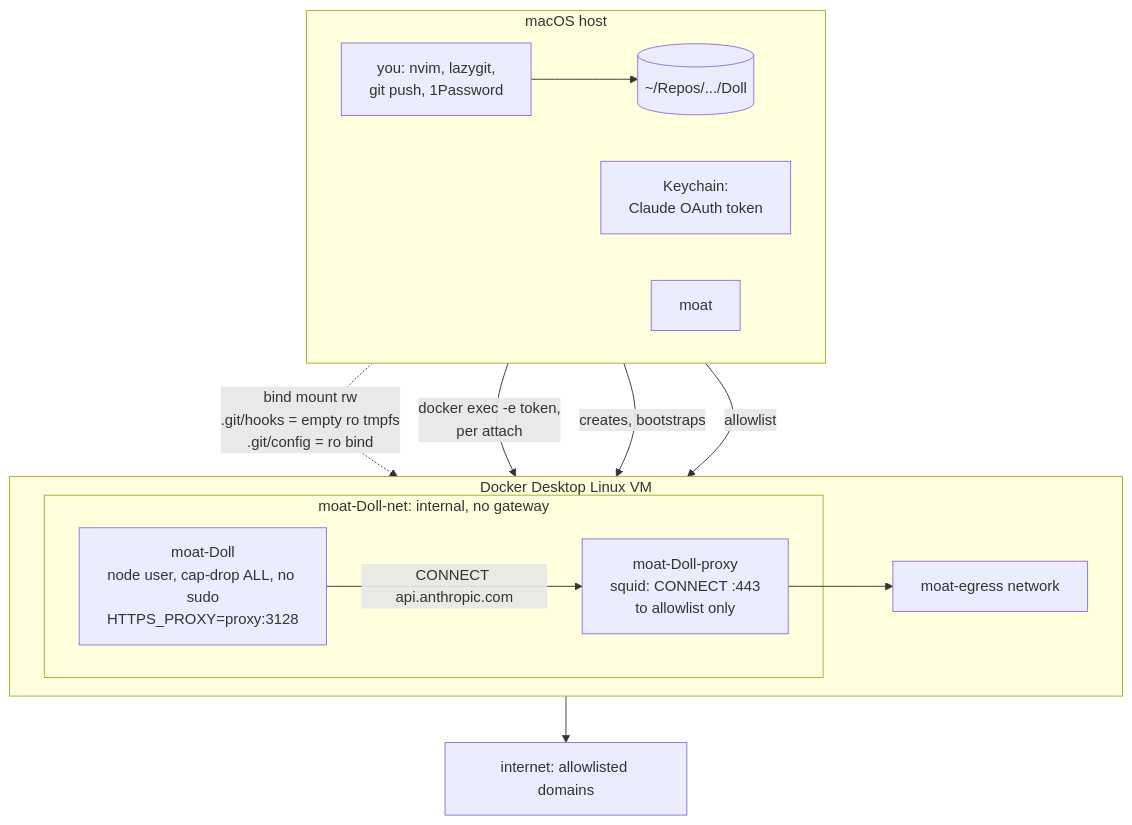
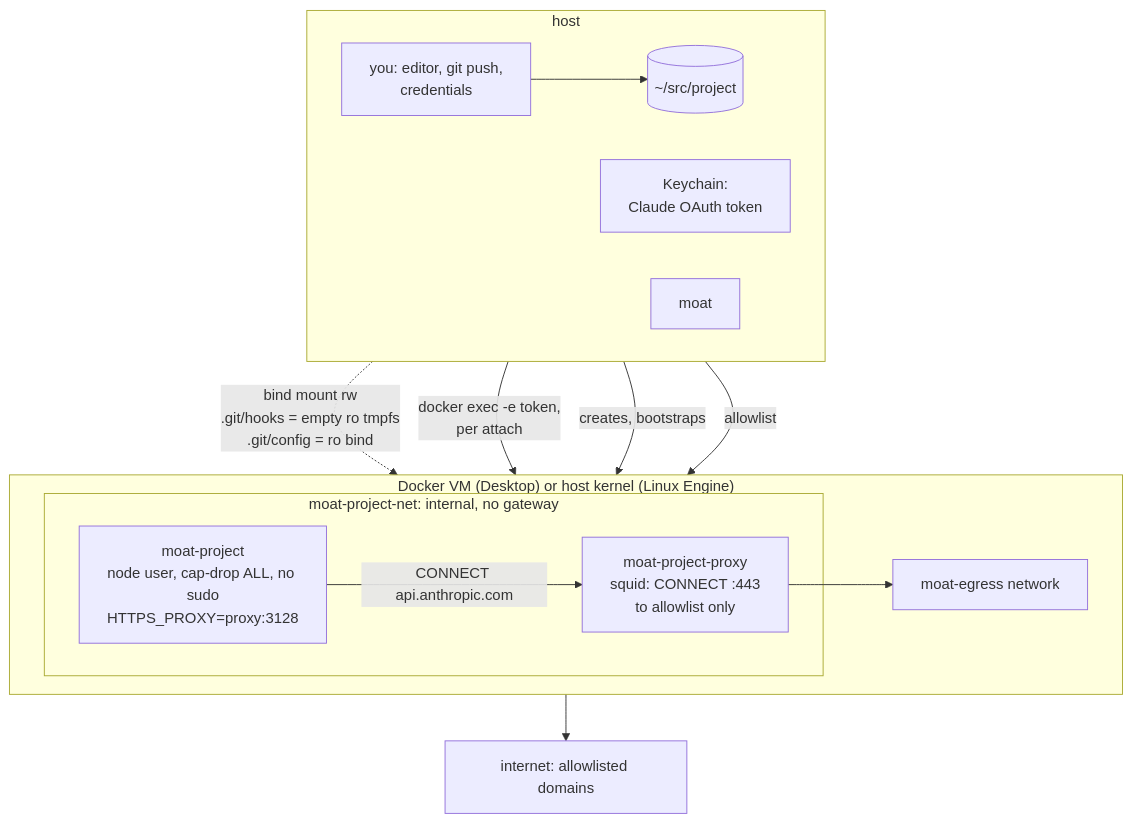
Before and after one commit to marhaasa/eredo: the first of 7 diagrams in ARCHITECTURE.md, drawn with Mermaid. The commit also changed other lines of this file and 1 other file, not shown here.

Commit message:
docs: generic host, paths and workflow wording

````diff
--- a/ARCHITECTURE.md
+++ b/ARCHITECTURE.md
@@ -19,26 +19,26 @@
 ```mermaid
 flowchart TB
-  subgraph host["macOS host"]
+  subgraph host["host"]
     direction LR
-    you["you: nvim, lazygit,<br/>git push, 1Password"]
-    repo[("~/Repos/.../Doll")]
+    you["you: editor, git push,<br/>credentials"]
+    repo[("~/src/project")]
     kc["Keychain:<br/>Claude OAuth token"]
     script["moat"]
     you --> repo
   end
-  subgraph vm["Docker Desktop Linux VM"]
+  subgraph vm["Docker VM (Desktop) or host kernel (Linux Engine)"]
     direction LR
-    subgraph inet["moat-Doll-net: internal, no gateway"]
-      sbx["moat-Doll<br/>node user, cap-drop ALL, no sudo<br/>HTTPS_PROXY=proxy:3128"]
-      px["moat-Doll-proxy<br/>squid: CONNECT :443<br/>to allowlist only"]
+    subgraph inet["moat-project-net: internal, no gateway"]
+      sbx["moat-project<br/>node user, cap-drop ALL, no sudo<br/>HTTPS_PROXY=proxy:3128"]
+      px["moat-project-proxy<br/>squid: CONNECT :443<br/>to allowlist only"]
     end
     egress["moat-egress network"]
     sbx -- "CONNECT api.anthropic.com" --> px --> egress
   end
   net["internet: allowlisted domains"]
   repo -. "bind mount rw<br/>.git/hooks = empty ro tmpfs<br/>.git/config = ro bind" .-> sbx
   kc -- "docker exec -e token,<br/>per attach" --> sbx
   script -- "creates, bootstraps" --> sbx
   script -- "allowlist" --> px
   egress --> net
 ```
````
